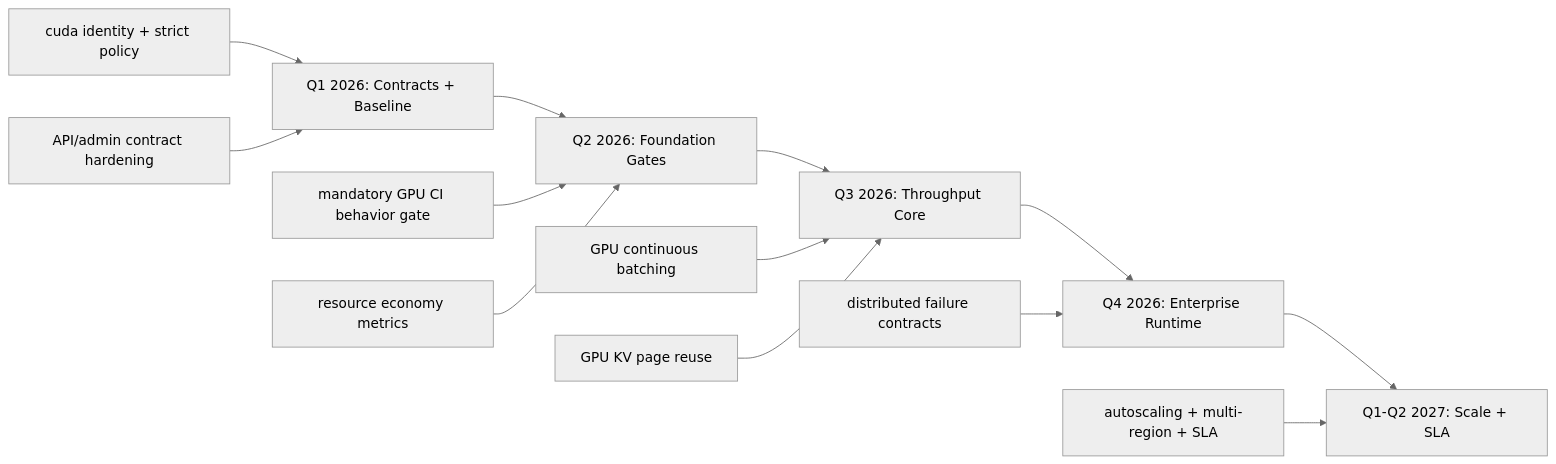
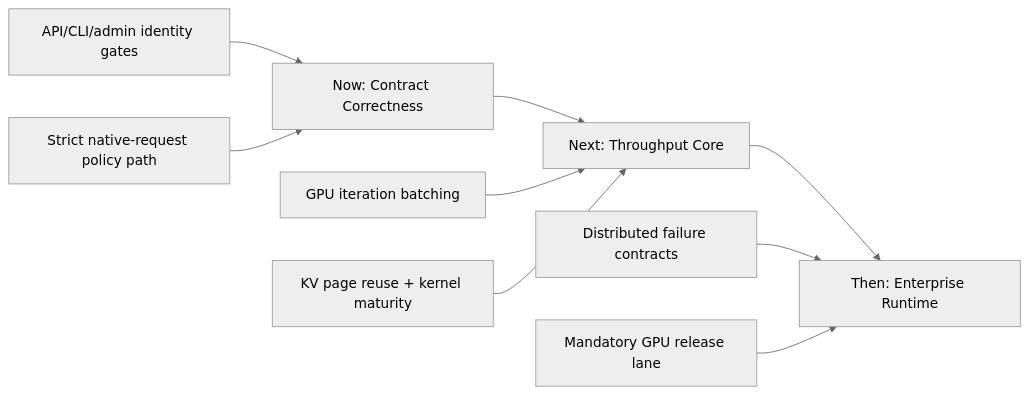
The diagram in docs/Roadmap.md (vjsingh1984/inferflux), drawn with Mermaid (neutral theme) before and after one commit. The commit also changed other lines of this file and 21 other files, not shown here.

First line of the commit message:
Update documentation for new features and architecture

````diff
--- a/docs/Roadmap.md
+++ b/docs/Roadmap.md
@@ -9,16 +7,14 @@
 ```mermaid
 flowchart LR
-    A[Q1 2026: Contracts + Baseline] --> B[Q2 2026: Foundation Gates]
-    B --> C[Q3 2026: Throughput Core]
-    C --> D[Q4 2026: Enterprise Runtime]
-    D --> E[Q1-Q2 2027: Scale + SLA]
+    A[Now: Contract Correctness] --> B[Next: Throughput Core]
+    B --> C[Then: Enterprise Runtime]
 
-    A1[cuda identity + strict policy] --> A
-    A2[API/admin contract hardening] --> A
-    B1[mandatory GPU CI behavior gate] --> B
-    B2[resource economy metrics] --> B
-    C1[GPU continuous batching] --> C
-    C2[GPU KV page reuse] --> C
-    D1[distributed failure contracts] --> D
-    E1[autoscaling + multi-region + SLA] --> E
+    A1[API/CLI/admin identity gates] --> A
+    A2[Strict native-request policy path] --> A
+
+    B1[GPU iteration batching] --> B
+    B2[KV page reuse + kernel maturity] --> B
+
+    C1[Distributed failure contracts] --> C
+    C2[Mandatory GPU release lane] --> C
 ```
````
